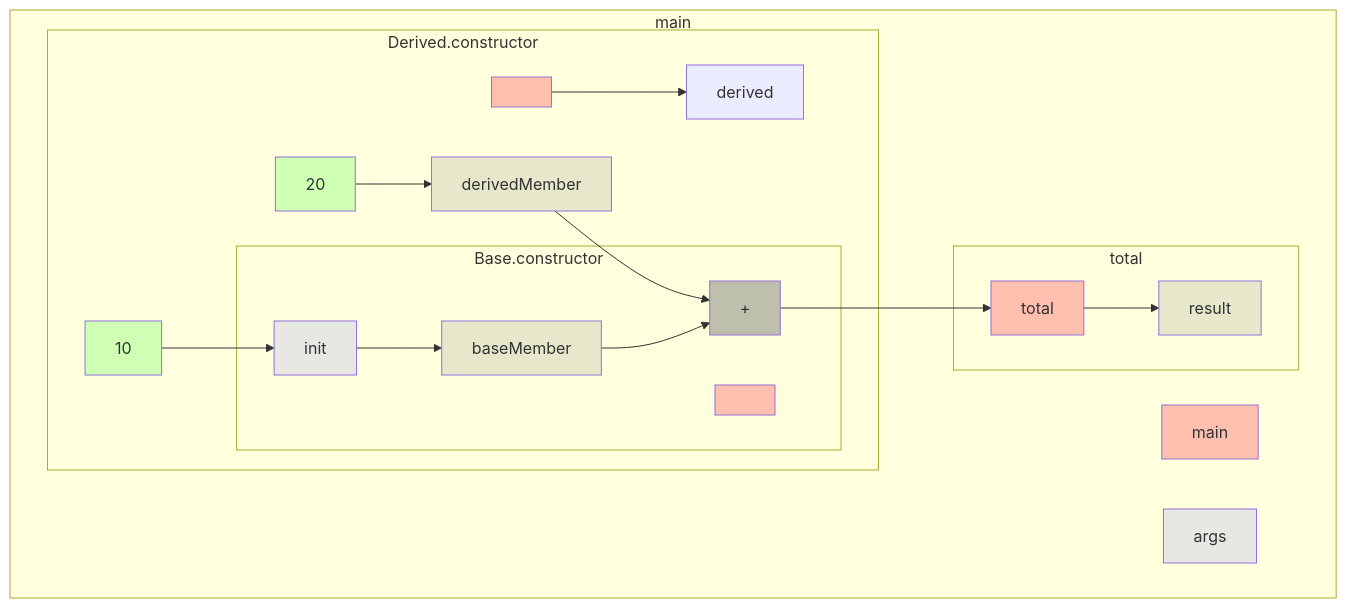
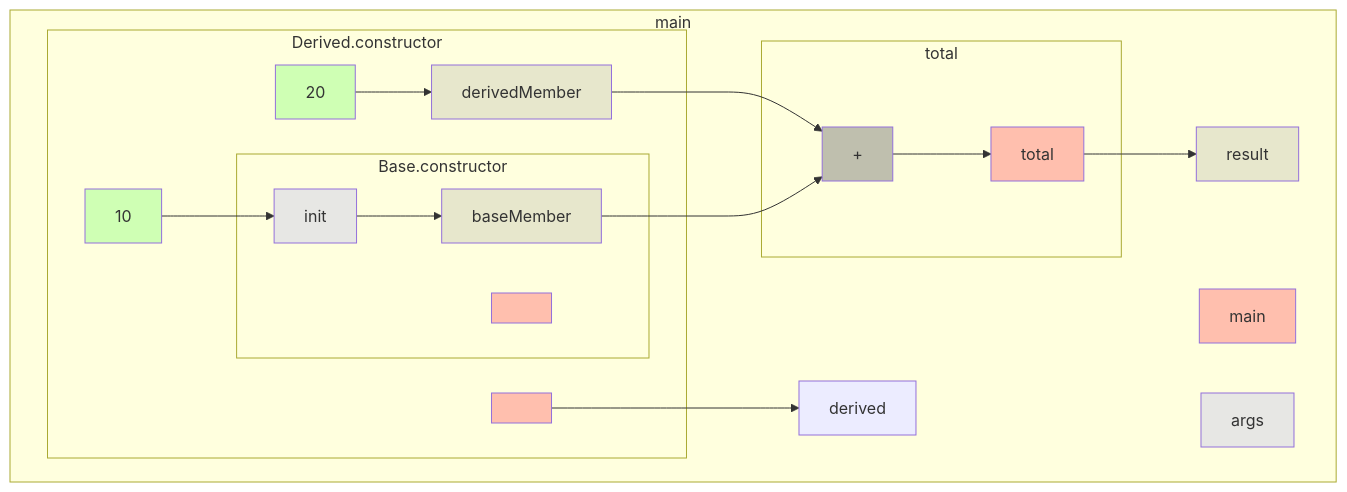
Before and after one commit to gstiebler/codeflow: the diagram in app/src/test/resources/superCall/truth.md, drawn with Mermaid. The commit also changed 34 other files, not shown here.

````diff
--- a/app/src/test/resources/superCall/truth.md
+++ b/app/src/test/resources/superCall/truth.md
@@ -1,39 +1,39 @@
 ```mermaid
 flowchart TD
   subgraph b0["main"]
     n1[main]:::RETURN
     n2[args]:::FUNC_PARAM
     n12[derived]:::OBJ_VARIABLE
     n16[result]:::VARIABLE
+    n4[<init>]:::RETURN --> n12[derived]:::OBJ_VARIABLE
+    n11[derivedMember]:::VARIABLE --> n15[+]:::BIN_OP
+    n9[baseMember]:::VARIABLE --> n15[+]:::BIN_OP
+    n14[total]:::RETURN --> n16[result]:::VARIABLE
     subgraph b3["Derived.constructor"]
       n4[<init>]:::RETURN
       n5[10]:::LITERAL
       n10[20]:::LITERAL
       n11[derivedMember]:::VARIABLE
-      n4[<init>]:::RETURN --> n12[derived]:::OBJ_VARIABLE
       n5[10]:::LITERAL --> n8[init]:::FUNC_PARAM
       n10[20]:::LITERAL --> n11[derivedMember]:::VARIABLE
-      n11[derivedMember]:::VARIABLE --> n15[+]:::BIN_OP
       subgraph b6["Base.constructor"]
         n7[<init>]:::RETURN
         n8[init]:::FUNC_PARAM
         n9[baseMember]:::VARIABLE
         n8[init]:::FUNC_PARAM --> n9[baseMember]:::VARIABLE
-        n9[baseMember]:::VARIABLE --> n15[+]:::BIN_OP
       end
     end
     subgraph b13["total"]
       n14[total]:::RETURN
       n15[+]:::BIN_OP
-      n14[total]:::RETURN --> n16[result]:::VARIABLE
       n15[+]:::BIN_OP --> n14[total]:::RETURN
     end
   end
   classDef LITERAL fill:#00FF0030
   classDef VARIABLE fill:#80808030
   classDef BIN_OP fill:#80808080
   classDef FUNC_PARAM fill:#8080FF30
   classDef RETURN fill:#FF808080
   classDef EXTERNAL fill:#FFA50040
   classDef UNMODELLED fill:#FF000030,stroke-dasharray: 4 2
 ```
````
